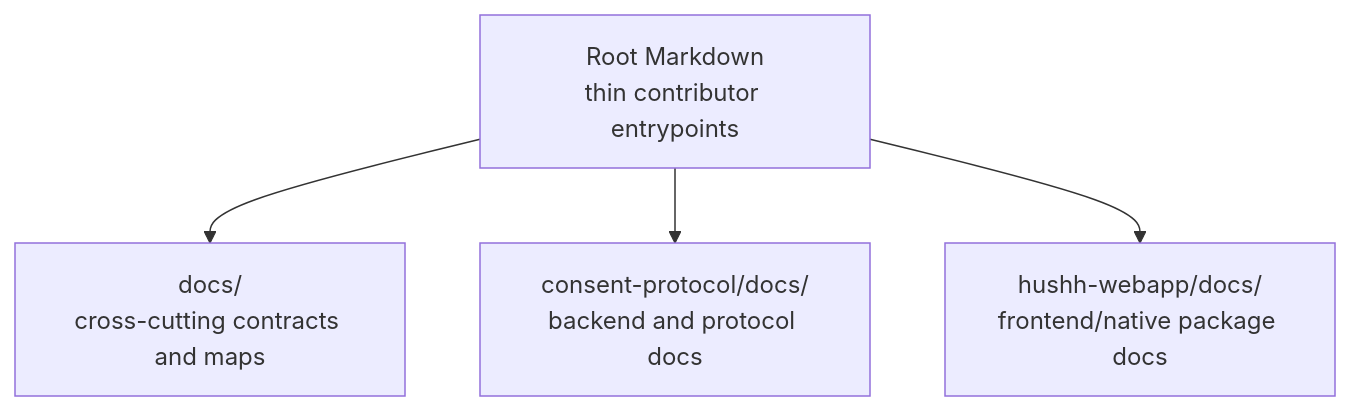
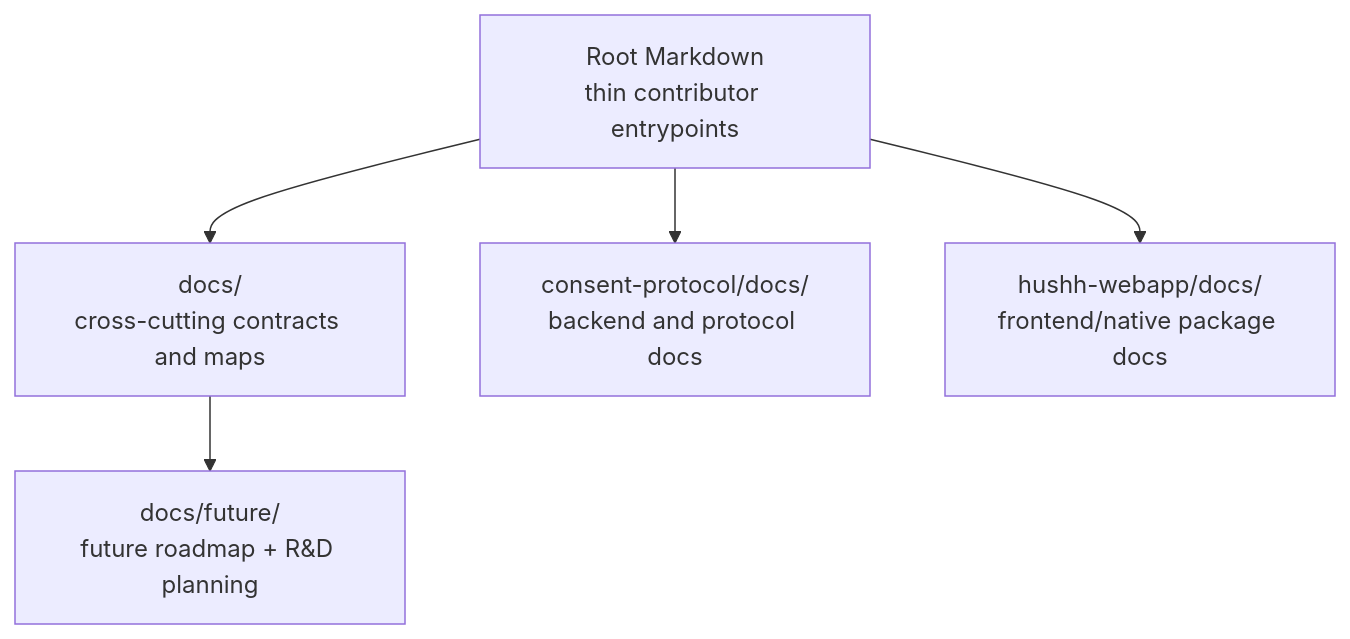
One commit to hushh-labs/hushh-research changed the diagram in docs/reference/operations/documentation-architecture-map.md. Above: the diagram before and after it, drawn with Mermaid. The commit also changed other lines of this file and 43 other files, not shown here.

Commit message:
feat: refine profile surfaces and future planning docs

````diff
--- a/docs/reference/operations/documentation-architecture-map.md
+++ b/docs/reference/operations/documentation-architecture-map.md
@@ -5,11 +5,13 @@
 ```mermaid
 flowchart TB
   root["Root Markdown<br/>thin contributor entrypoints"]
   cross["docs/<br/>cross-cutting contracts and maps"]
+  future["docs/future/<br/>future roadmap + R&D planning"]
   protocol["consent-protocol/docs/<br/>backend and protocol docs"]
   webapp["hushh-webapp/docs/<br/>frontend/native package docs"]
 
   root --> cross
+  cross --> future
   root --> protocol
   root --> webapp
 ```
````
